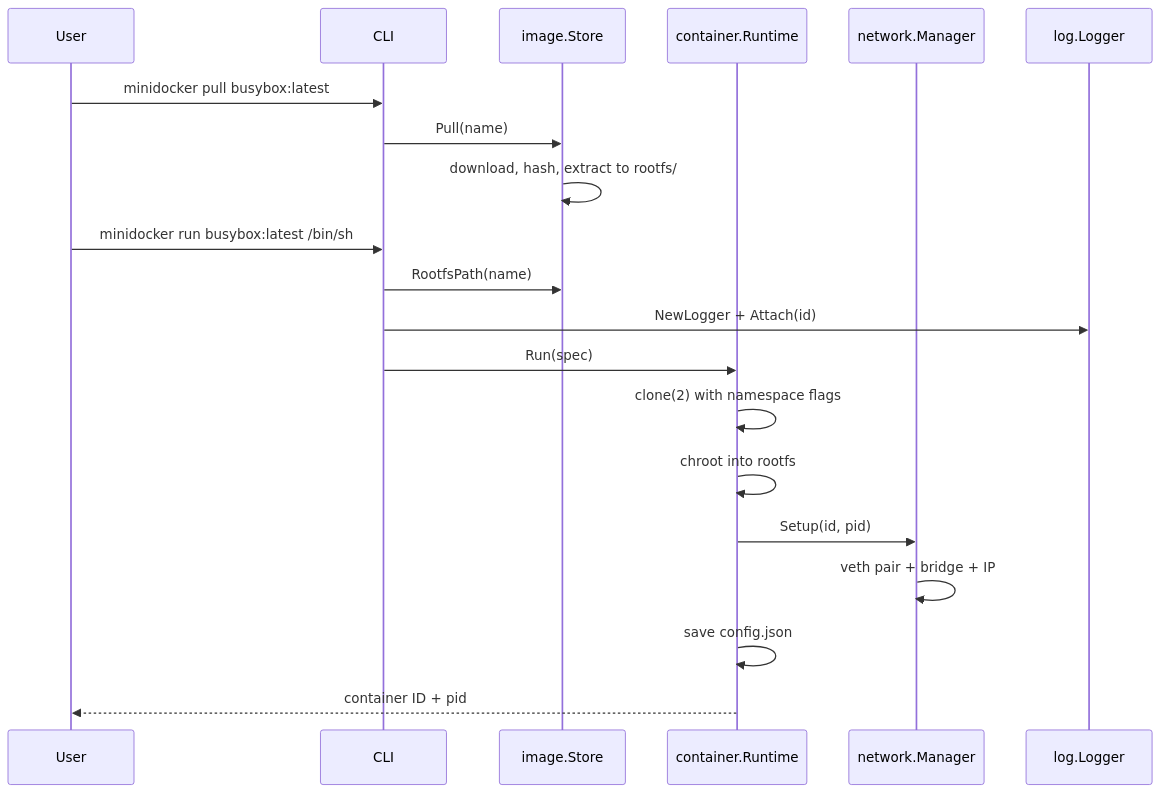
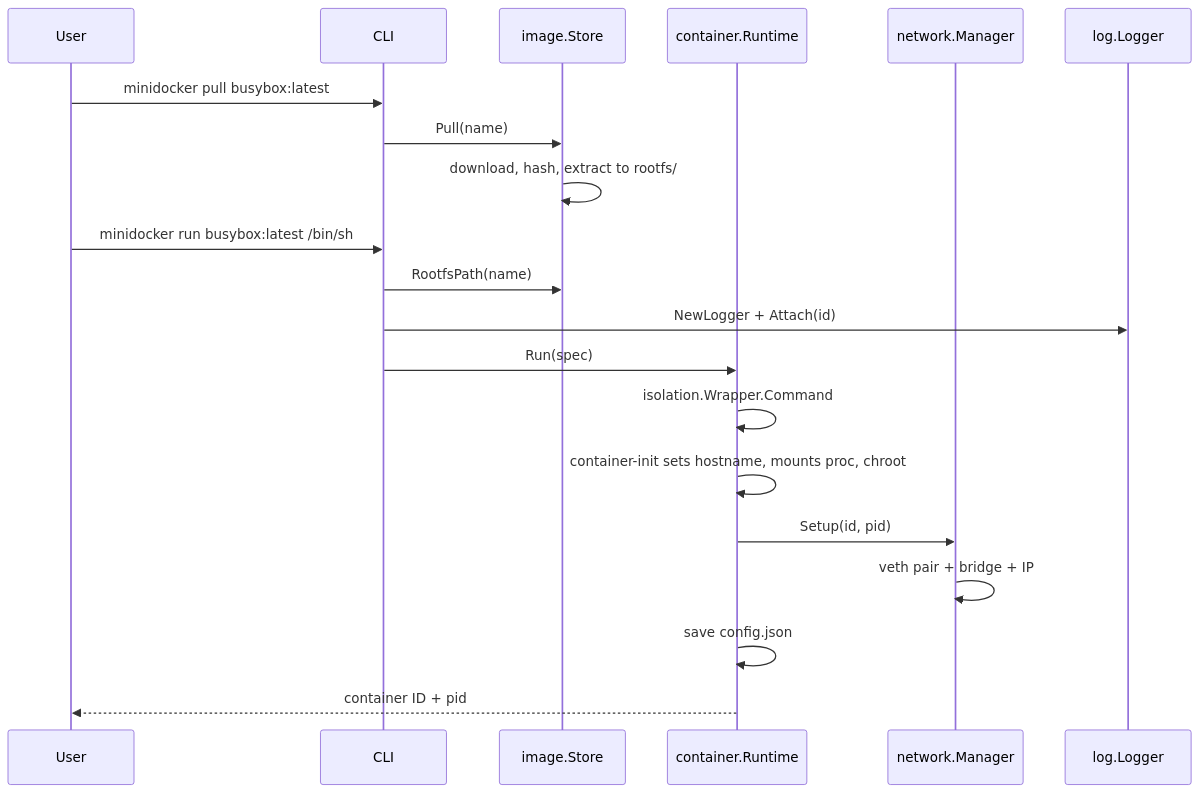
The second of 4 diagrams in README.md (dannysecurity/minidocker), drawn with Mermaid before and after one commit. The commit also changed other lines of this file and 10 other files, not shown here.

First line of the commit message:
Add isolation wrapper with container-init PID 1 helper

````diff
--- a/README.md
+++ b/README.md
@@ -104,24 +108,24 @@
 ```mermaid
 sequenceDiagram
   participant User
   participant CLI
   participant Image as image.Store
   participant Runtime as container.Runtime
   participant Net as network.Manager
   participant Logger as log.Logger
 
   User->>CLI: minidocker pull busybox:latest
   CLI->>Image: Pull(name)
   Image->>Image: download, hash, extract to rootfs/
 
   User->>CLI: minidocker run busybox:latest /bin/sh
   CLI->>Image: RootfsPath(name)
   CLI->>Logger: NewLogger + Attach(id)
   CLI->>Runtime: Run(spec)
-  Runtime->>Runtime: clone(2) with namespace flags
-  Runtime->>Runtime: chroot into rootfs
+  Runtime->>Runtime: isolation.Wrapper.Command
+  Runtime->>Runtime: container-init sets hostname, mounts proc, chroot
   Runtime->>Net: Setup(id, pid)
   Net->>Net: veth pair + bridge + IP
   Runtime->>Runtime: save config.json
   Runtime-->>User: container ID + pid
 ```
````
